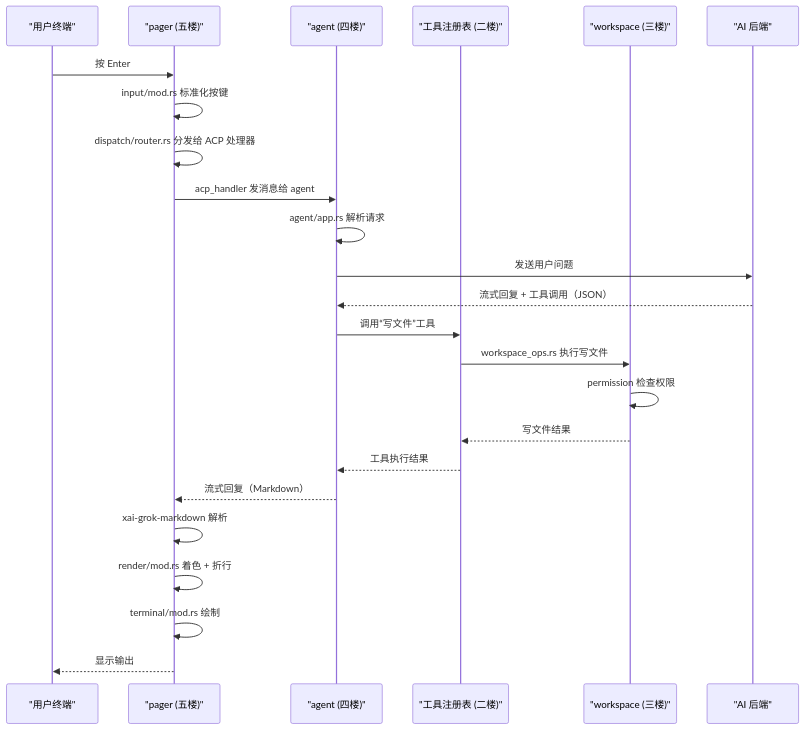
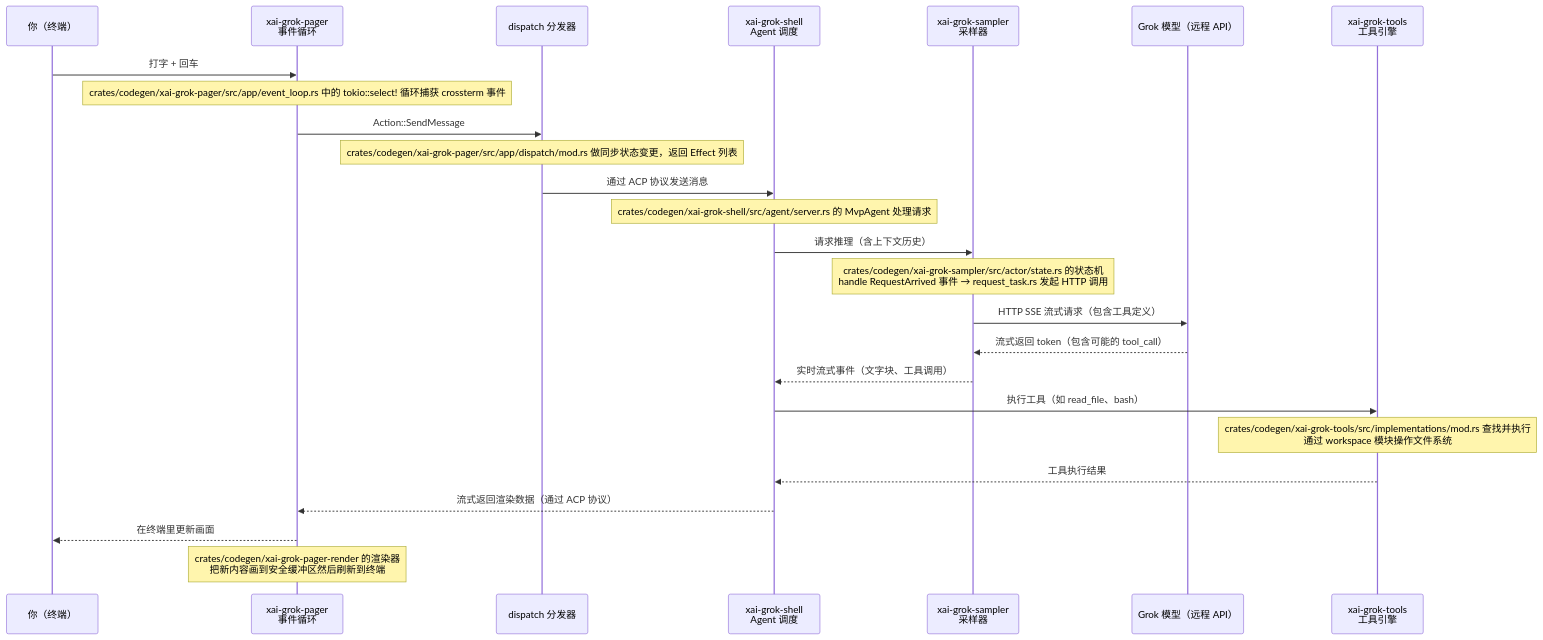
Before and after one commit to linearuncle/grok-build-wiki: the second of 6 diagrams in 02-architecture.md, drawn with Mermaid. The commit also changed other lines of this file and 24 other files, not shown here.

Commit message:
重生成：新首页设计（生成时间+紧凑分区表）+ mermaid 检查清单 + 占位符渲染方案

````diff
--- a/02-architecture.md
+++ b/02-architecture.md
@@ -72,27 +63,28 @@
 ```mermaid
 sequenceDiagram
-    participant U as "用户终端"
-    participant P as "pager (五楼)"
-    participant A as "agent (四楼)"
-    participant T as "工具注册表 (二楼)"
-    participant W as "workspace (三楼)"
-    participant AI as "AI 后端"
+    participant YOU as 你（终端）
+    participant TUI as xai-grok-pager <br/>事件循环
+    participant DISP as dispatch 分发器
+    participant SHELL as xai-grok-shell <br/>Agent 调度
+    participant SAMPLER as xai-grok-sampler <br/>采样器
+    participant MODEL as Grok 模型（远程 API）
+    participant TOOLS as xai-grok-tools <br/>工具引擎
 
-    U->>P: 按 Enter
-    P->>P: input/mod.rs 标准化按键
-    P->>P: dispatch/router.rs 分发给 ACP 处理器
-    P->>A: acp_handler 发消息给 agent
-    A->>A: agent/app.rs 解析请求
-    A->>AI: 发送用户问题
-    AI-->>A: 流式回复 + 工具调用（JSON）
-    A->>T: 调用“写文件”工具
-    T->>W: workspace_ops.rs 执行写文件
-    W->>W: permission 检查权限
-    W-->>T: 写文件结果
-    T-->>A: 工具执行结果
-    A-->>P: 流式回复（Markdown）
-    P->>P: xai-grok-markdown 解析
-    P->>P: render/mod.rs 着色 + 折行
-    P->>P: terminal/mod.rs 绘制
-    P-->>U: 显示输出
+    YOU->>TUI: 打字 + 回车
+    Note over TUI: crates/codegen/xai-grok-pager/src/app/event_loop.rs 中的 tokio::select! 循环捕获 crossterm 事件
+    TUI->>DISP: Action::SendMessage
+    Note over DISP: crates/codegen/xai-grok-pager/src/app/dispatch/mod.rs 做同步状态变更，返回 Effect 列表
+    DISP->>SHELL: 通过 ACP 协议发送消息
+    Note over SHELL: crates/codegen/xai-grok-shell/src/agent/server.rs 的 MvpAgent 处理请求
+    SHELL->>SAMPLER: 请求推理（含上下文历史）
+    Note over SAMPLER: crates/codegen/xai-grok-sampler/src/actor/state.rs 的状态机<br/>handle RequestArrived 事件 → request_task.rs 发起 HTTP 调用
+    SAMPLER->>MODEL: HTTP SSE 流式请求（包含工具定义）
+    MODEL-->>SAMPLER: 流式返回 token（包含可能的 tool_call）
+    SAMPLER-->>SHELL: 实时流式事件（文字块、工具调用）
+    SHELL->>TOOLS: 执行工具（如 read_file、bash）
+    Note over TOOLS: crates/codegen/xai-grok-tools/src/implementations/mod.rs 查找并执行<br/>通过 workspace 模块操作文件系统
+    TOOLS-->>SHELL: 工具执行结果
+    SHELL-->>TUI: 流式返回渲染数据（通过 ACP 协议）
+    TUI-->>YOU: 在终端里更新画面
+    Note over TUI: crates/codegen/xai-grok-pager-render 的渲染器<br/>把新内容画到安全缓冲区然后刷新到终端
 ```
````
